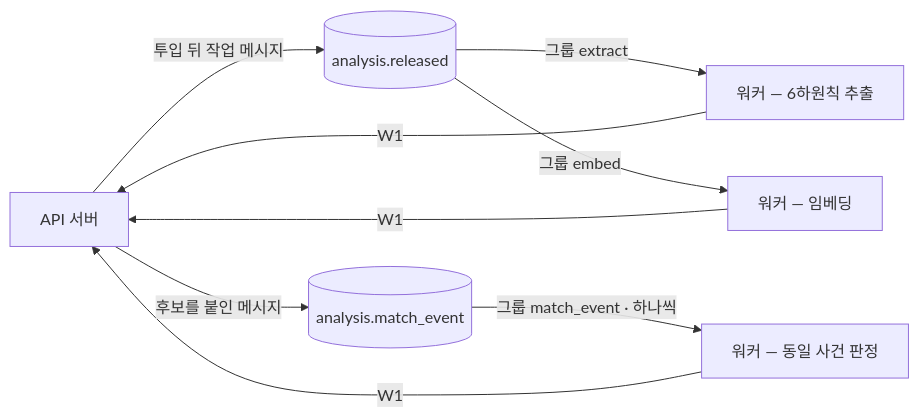
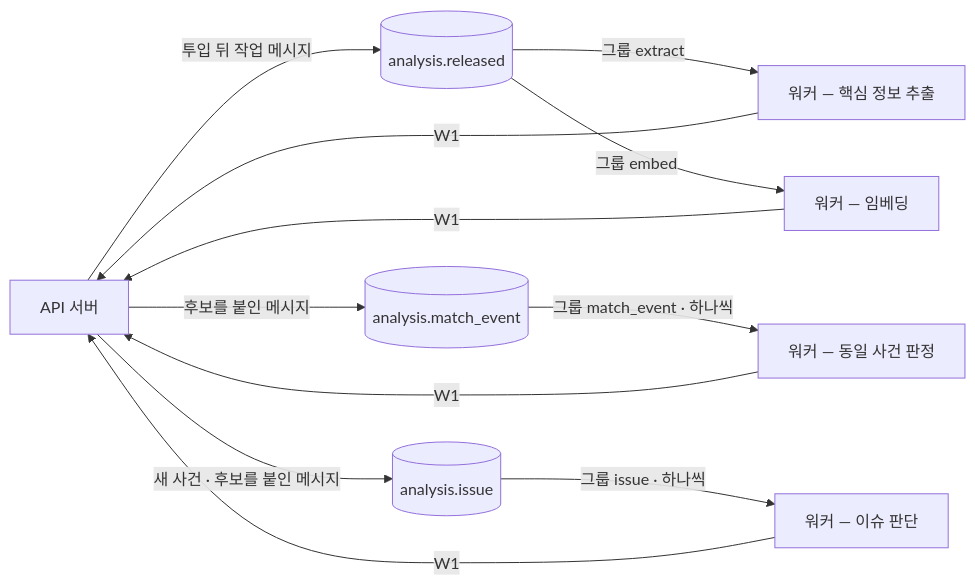
Before and after one commit to a102-NEWLEARN/NEW-LEARN: the second of 3 diagrams in docs/api-internal.md, drawn with Mermaid. The commit also changed other lines of this file and 2 other files, not shown here.

First line of the commit message:
docs(common): API 명세 v1 — URL 분석 삭제, 회원 · 용어사전 · ISSUE 단계 · 가지 4개

````diff
--- a/docs/api-internal.md
+++ b/docs/api-internal.md
@@ -28,11 +33,14 @@
 ```mermaid
 flowchart LR
   API["API 서버"] -- "투입 뒤 작업 메시지" --> S1[("analysis.released")]
-  S1 -- "그룹 extract" --> WX["워커 — 6하원칙 추출"]
+  S1 -- "그룹 extract" --> WX["워커 — 핵심 정보 추출"]
   S1 -- "그룹 embed" --> WE["워커 — 임베딩"]
   API -- "후보를 붙인 메시지" --> S2[("analysis.match_event")]
   S2 -- "그룹 match_event · 하나씩" --> WM["워커 — 동일 사건 판정"]
+  API -- "새 사건 · 후보를 붙인 메시지" --> S3[("analysis.issue")]
+  S3 -- "그룹 issue · 하나씩" --> WI["워커 — 이슈 판단"]
   WX -- "W1" --> API
   WE -- "W1" --> API
   WM -- "W1" --> API
+  WI -- "W1" --> API
 ```
````
